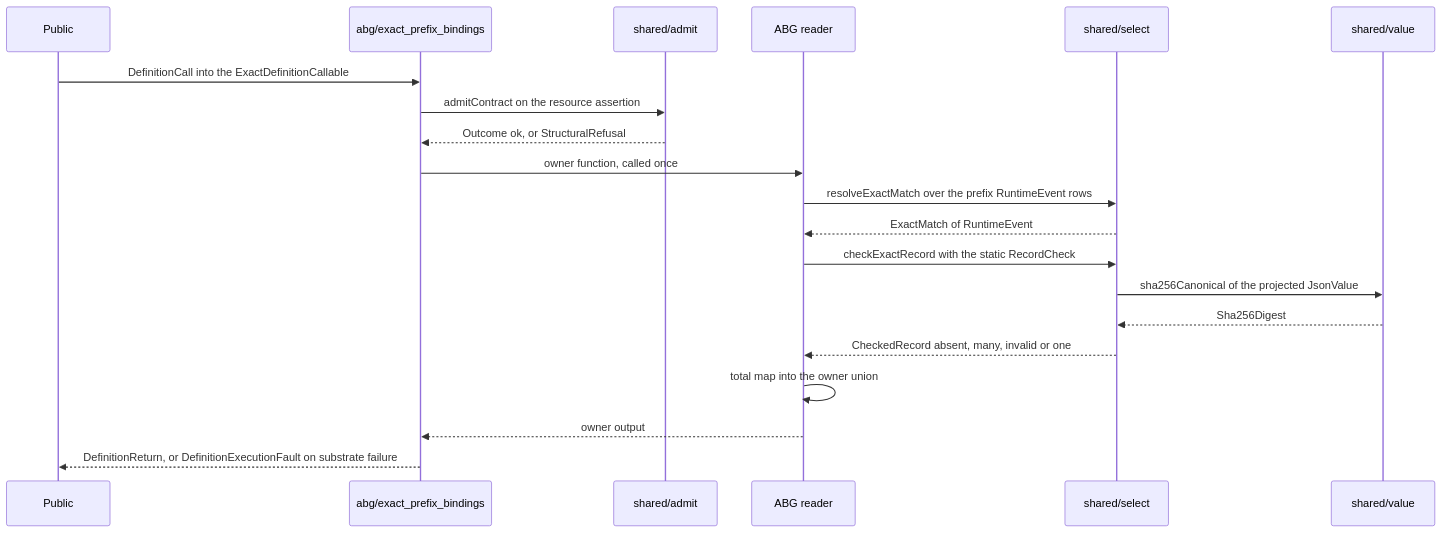
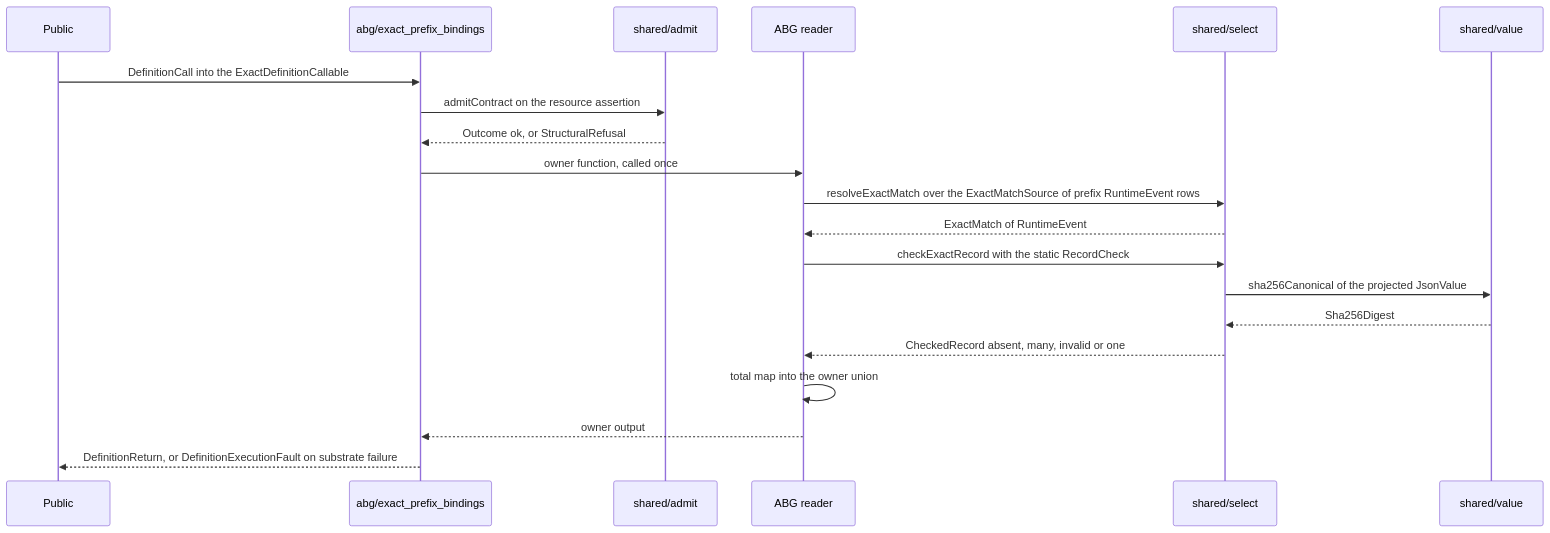
The second of 6 diagrams in build_tenants/abiogenesis/typescript/design/ABI5_COMMON_COMPUTATIONAL_CAPABILITY_LIBRARY_DESIGN.md (foolishimp/abiogenesis), drawn with Mermaid before and after one commit. The commit also changed other lines of this file and 3 other files, not shown here.

````diff
--- a/build_tenants/abiogenesis/typescript/design/ABI5_COMMON_COMPUTATIONAL_CAPABILITY_LIBRARY_DESIGN.md
+++ b/build_tenants/abiogenesis/typescript/design/ABI5_COMMON_COMPUTATIONAL_CAPABILITY_LIBRARY_DESIGN.md
@@ -349,22 +398,22 @@
 ```mermaid
 sequenceDiagram
   participant P as Public
   participant B as abg/exact_prefix_bindings
   participant A as shared/admit
   participant O as ABG reader
   participant S as shared/select
   participant V as shared/value
   P->>B: DefinitionCall into the ExactDefinitionCallable
   B->>A: admitContract on the resource assertion
   A-->>B: Outcome ok, or StructuralRefusal
   B->>O: owner function, called once
-  O->>S: resolveExactMatch over the prefix RuntimeEvent rows
+  O->>S: resolveExactMatch over the ExactMatchSource of prefix RuntimeEvent rows
   S-->>O: ExactMatch of RuntimeEvent
   O->>S: checkExactRecord with the static RecordCheck
   S->>V: sha256Canonical of the projected JsonValue
   V-->>S: Sha256Digest
   S-->>O: CheckedRecord absent, many, invalid or one
   O->>O: total map into the owner union
   O-->>B: owner output
   B-->>P: DefinitionReturn, or DefinitionExecutionFault on substrate failure
 ```
````
